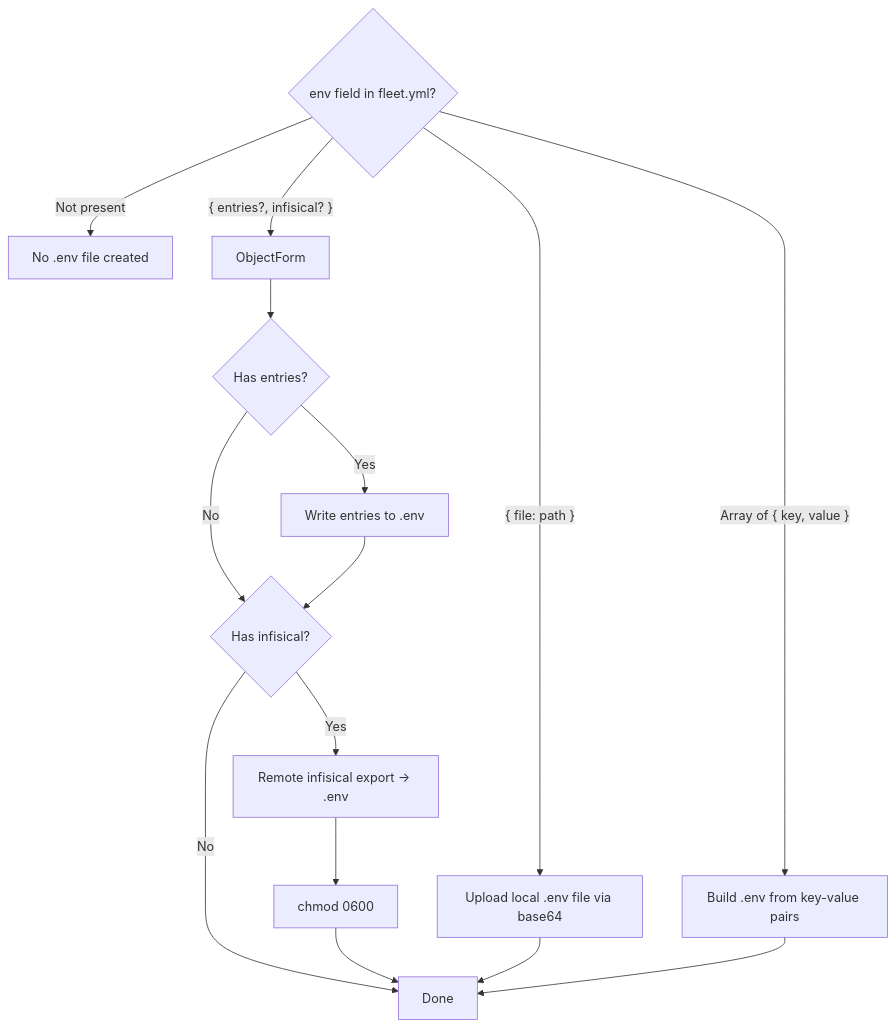
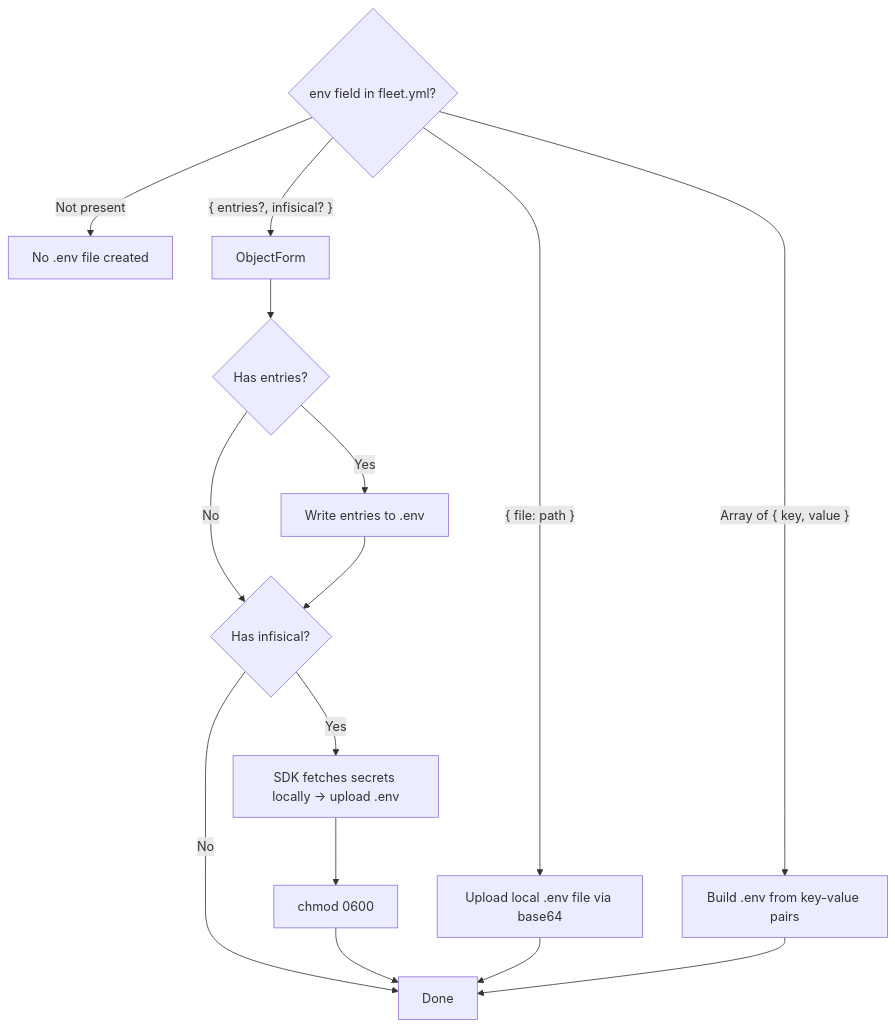
One commit to PatrickRuddiman/Fleet changed the diagram in docs/deploy/secrets-resolution.md. Above: the diagram before and after it, drawn with Mermaid. The commit also changed other lines of this file and 95 other files, not shown here.

````diff
--- a/docs/deploy/secrets-resolution.md
+++ b/docs/deploy/secrets-resolution.md
@@ -31,18 +31,18 @@
 ```mermaid
 flowchart TD
     Start{env field in fleet.yml?} -->|Not present| NoEnv[No .env file created]
     Start -->|"{ file: path }"| FileUpload[Upload local .env file via base64]
     Start -->|"Array of { key, value }"| InlineEntries[Build .env from key-value pairs]
     Start -->|"{ entries?, infisical? }"| ObjectForm
     ObjectForm --> HasEntries{Has entries?}
     HasEntries -->|Yes| WriteEntries[Write entries to .env]
     HasEntries -->|No| CheckInfisical
     WriteEntries --> CheckInfisical{Has infisical?}
-    CheckInfisical -->|Yes| ExportInfisical[Remote infisical export → .env]
+    CheckInfisical -->|Yes| FetchSecrets[SDK fetches secrets locally → upload .env]
     CheckInfisical -->|No| Done[Done]
-    ExportInfisical --> SetPerms[chmod 0600]
+    FetchSecrets --> SetPerms[chmod 0600]
     SetPerms --> Done
 
     FileUpload --> Done
     InlineEntries --> Done
 ```
````
